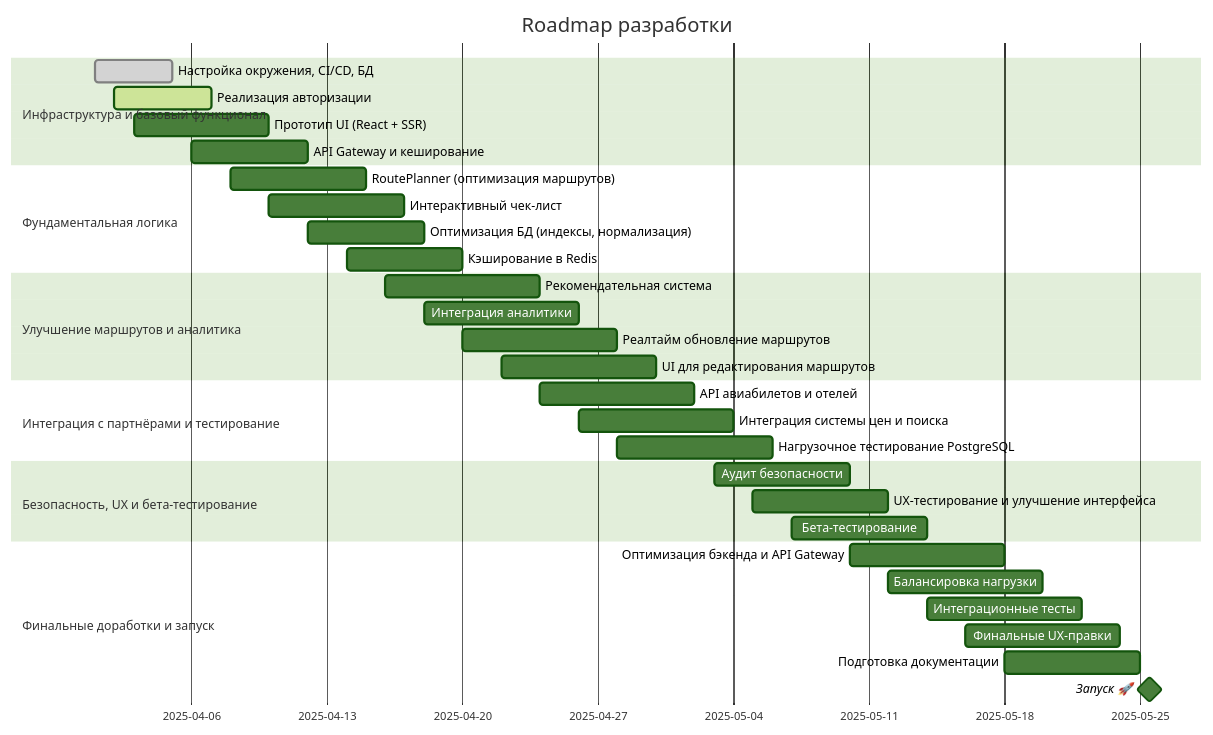
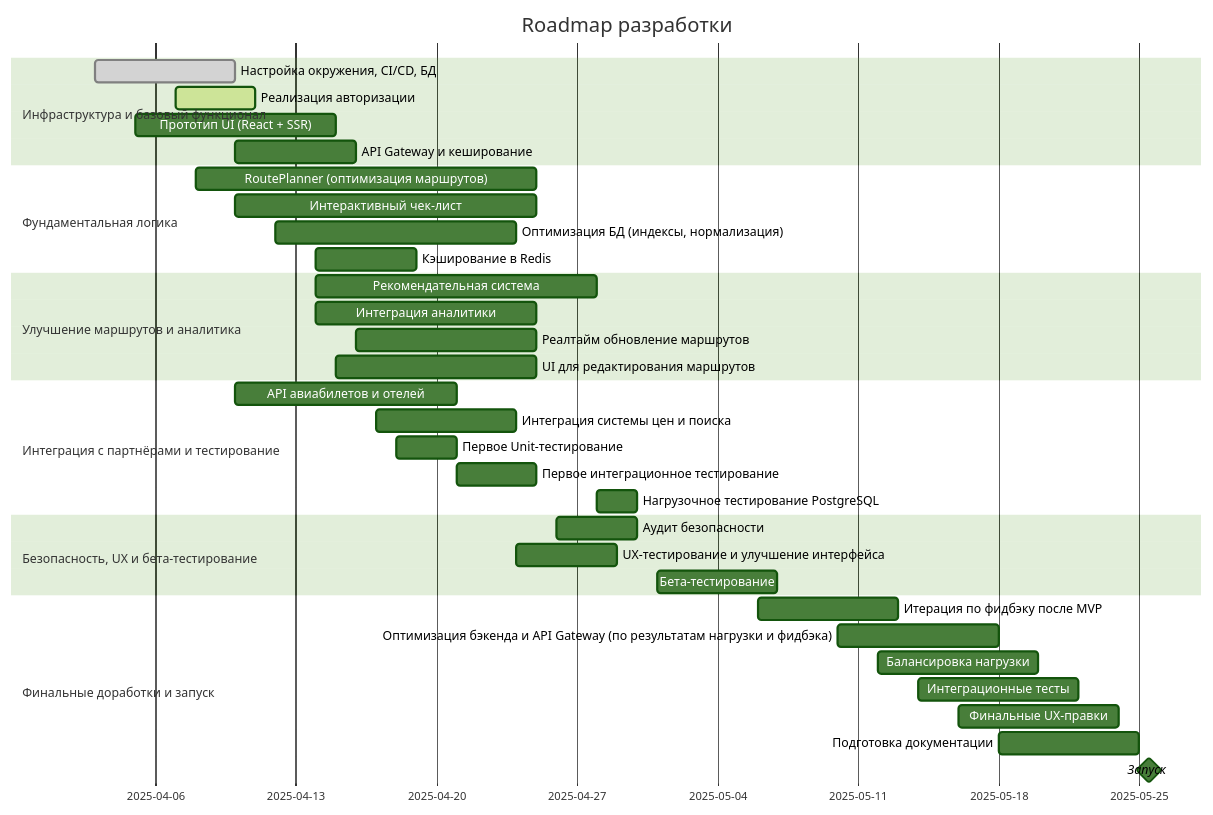
The diagram in Документация/Разработка материалы/Roadmap разработки.md (kayukovzakhar/TRPO_Travel_Planning_Service), drawn with Mermaid (forest theme) before and after one commit.

Commit message:
Update Roadmap разработки.md

````diff
--- a/Документация/Разработка материалы/Roadmap разработки.md
+++ b/Документация/Разработка материалы/Roadmap разработки.md
@@ -4,40 +4,43 @@
 ```mermaid
 gantt
     title Roadmap разработки
     dateFormat  YYYY-MM-DD
     section Инфраструктура и базовый функционал
-    Настройка окружения, CI/CD, БД        :done, 2025-04-01, 2025-04-05
-    Реализация авторизации                :active, 2025-04-02, 2025-04-07
-    Прототип UI (React + SSR)             :2025-04-03, 2025-04-10
-    API Gateway и кеширование             :2025-04-06, 2025-04-12
+    Настройка окружения, CI/CD, БД        :done, 2025-04-03, 2025-04-10
+    Реализация авторизации                :active, 2025-04-07, 2025-04-11
+    Прототип UI (React + SSR)             :2025-04-05, 2025-04-15
+    API Gateway и кеширование             :2025-04-10, 2025-04-16
 
     section Фундаментальная логика
-    RoutePlanner (оптимизация маршрутов)  :2025-04-08, 2025-04-15
-    Интерактивный чек-лист                :2025-04-10, 2025-04-17
-    Оптимизация БД (индексы, нормализация):2025-04-12, 2025-04-18
-    Кэширование в Redis                   :2025-04-14, 2025-04-20
+    RoutePlanner (оптимизация маршрутов)  :2025-04-08, 2025-04-25
+    Интерактивный чек-лист                :2025-04-10, 2025-04-25
+    Оптимизация БД (индексы, нормализация):2025-04-12, 2025-04-24
+    Кэширование в Redis                   :2025-04-14, 2025-04-19
 
     section Улучшение маршрутов и аналитика
-    Рекомендательная система              :2025-04-16, 2025-04-24
-    Интеграция аналитики                  :2025-04-18, 2025-04-26
-    Реалтайм обновление маршрутов         :2025-04-20, 2025-04-28
-    UI для редактирования маршрутов       :2025-04-22, 2025-04-30
+    Рекомендательная система              :2025-04-14, 2025-04-28
+    Интеграция аналитики                  :2025-04-14, 2025-04-25
+    Реалтайм обновление маршрутов         :2025-04-16, 2025-04-25
+    UI для редактирования маршрутов       :2025-04-15, 2025-04-25
 
     section Интеграция с партнёрами и тестирование
-    API авиабилетов и отелей              :2025-04-24, 2025-05-02
-    Интеграция системы цен и поиска       :2025-04-26, 2025-05-04
-    Нагрузочное тестирование PostgreSQL   :2025-04-28, 2025-05-06
+    API авиабилетов и отелей              :2025-04-10, 2025-04-21
+    Интеграция системы цен и поиска       :2025-04-17, 2025-04-24
+    Первое Unit-тестирование              :2025-04-18, 2025-04-21
+    Первое интеграционное тестирование    :2025-04-21, 2025-04-25
+    Нагрузочное тестирование PostgreSQL   :2025-04-28, 2025-04-30
 
     section Безопасность, UX и бета-тестирование
-    Аудит безопасности                    :2025-05-03, 2025-05-10
-    UX-тестирование и улучшение интерфейса:2025-05-05, 2025-05-12
-    Бета-тестирование                     :2025-05-07, 2025-05-14
+    Аудит безопасности                    :2025-04-26, 2025-04-30
+    UX-тестирование и улучшение интерфейса:2025-04-24, 2025-04-29
+    Бета-тестирование                     :2025-05-01, 2025-05-07
 
     section Финальные доработки и запуск
-    Оптимизация бэкенда и API Gateway     :2025-05-10, 2025-05-18
+    Итерация по фидбэку после MVP         :2025-05-06, 2025-05-13
+    Оптимизация бэкенда и API Gateway (по результатам нагрузки и фидбэка):2025-05-10, 2025-05-18
     Балансировка нагрузки                 :2025-05-12, 2025-05-20
     Интеграционные тесты                  :2025-05-14, 2025-05-22
     Финальные UX-правки                   :2025-05-16, 2025-05-24
     Подготовка документации               :2025-05-18, 2025-05-25
-    Запуск 🚀                             :milestone, 2025-05-25, 1d
+    Запуск                             :milestone, 2025-05-25, 1d
 ```
````
